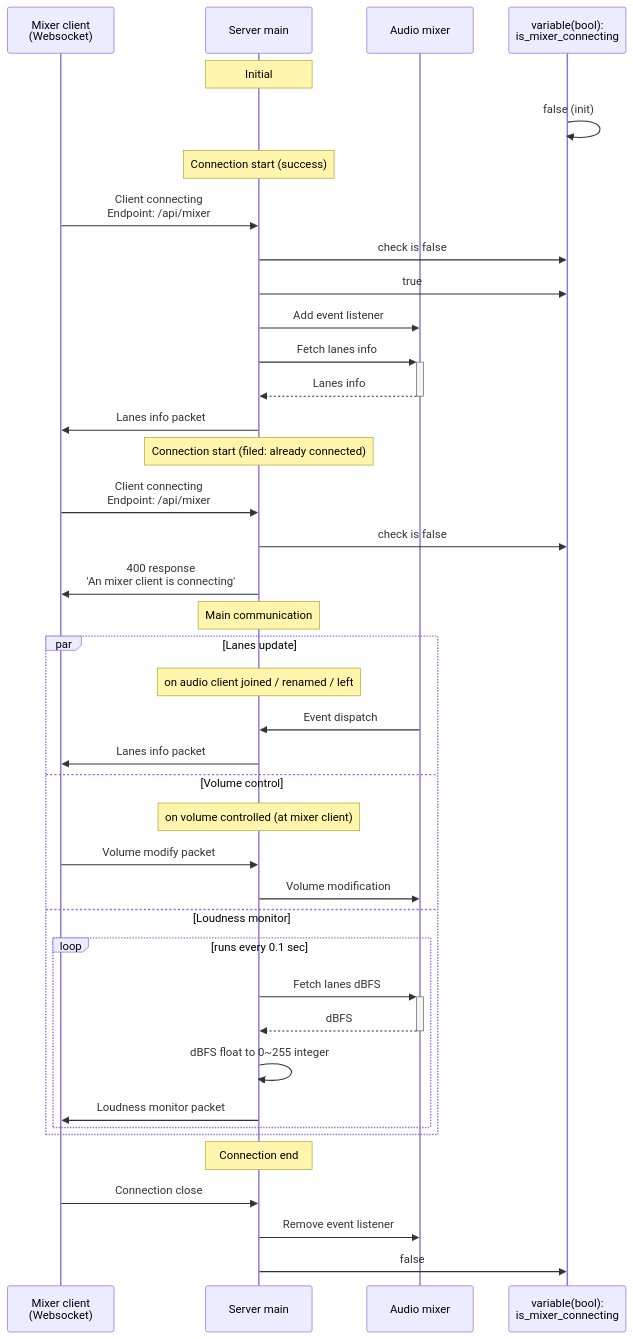
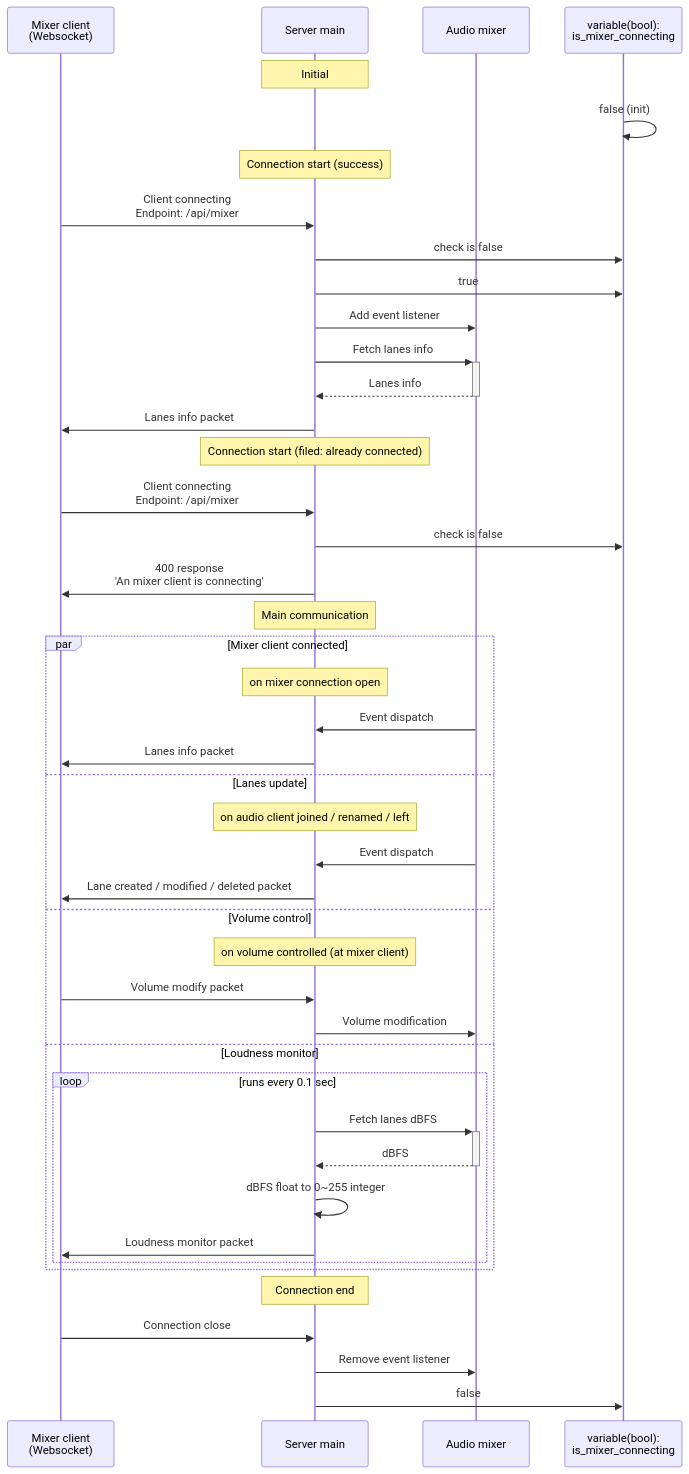
Before and after one commit to aKuad/web-intercom: the second of 2 diagrams in designs/server-sequence.md, drawn with Mermaid. The commit also changed 1 other file, not shown here.

Commit message:
Mod: Sequense documentation for `lane-created/modified/deleted` protocols addition

````diff
--- a/designs/server-sequence.md
+++ b/designs/server-sequence.md
@@ -30,47 +30,51 @@
 ```mermaid
 sequenceDiagram
   participant WSM as Mixer client<br>(Websocket)
   participant S as Server main
   participant AM as Audio mixer
   participant VC as variable(bool):<br>is_mixer_connecting
 
   Note over S: Initial
   VC->>VC: false (init)
 
   Note over S: Connection start (success)
   WSM->>S: Client connecting<br>Endpoint: /api/mixer
   S->>VC: check is false
   S->>VC: true
   S->>AM: Add event listener
   S->>+AM: Fetch lanes info
   AM-->>-S: Lanes info
   S->>WSM: Lanes info packet
 
   Note over S: Connection start (filed: already connected)
   WSM->>S: Client connecting<br>Endpoint: /api/mixer
   S->>VC: check is false
   S->>WSM: 400 response<br>'An mixer client is connecting'
 
   Note over S: Main communication
-  par Lanes update
+  par Mixer client connected
+    Note over S: on mixer connection open
+    AM->>S: Event dispatch
+    S->>WSM: Lanes info packet
+  and Lanes update
     Note over S: on audio client joined / renamed / left
     AM->>S: Event dispatch
-    S->>WSM: Lanes info packet
+    S->>WSM: Lane created / modified / deleted packet
   and Volume control
     Note over S: on volume controlled (at mixer client)
     WSM->>S: Volume modify packet
     S->>AM: Volume modification
   and Loudness monitor
     loop runs every 0.1 sec
       S->>+AM: Fetch lanes dBFS
       AM-->>-S: dBFS
       S->>S: dBFS float to 0~255 integer
       S->>WSM: Loudness monitor packet
     end
   end
 
   Note over S: Connection end
   WSM->>S: Connection close
   S->>AM: Remove event listener
   S->>VC: false
 ```
````
